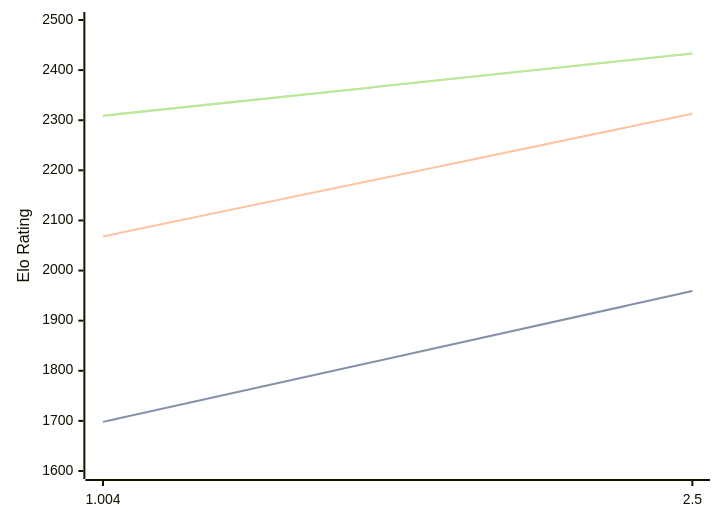
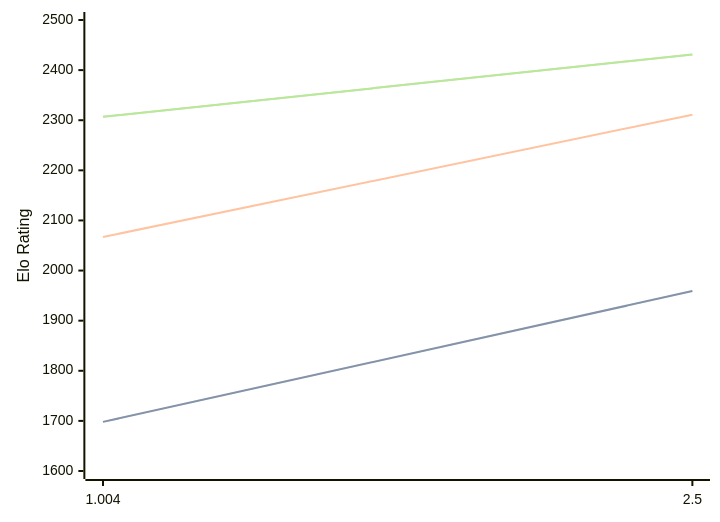
One commit to computer-chess-index/cci changed the diagram in engines/Ares.md. Above: the diagram before and after it, drawn with Mermaid. The commit also changed other lines of this file, not shown here.

Commit message:
Update CCI Ratings (ELO VLTC) - 2026-06-12

````diff
--- a/engines/Ares.md
+++ b/engines/Ares.md
@@ -32,11 +32,11 @@
 ```mermaid
 %%{init: {"theme":"base","themeVariables":{"seriesColors:['#a3a3a3','#222221','#faa371']}}}%%
 xychart-beta
   x-axis ["1.004", "2.5"]
   y-axis "Elo Rating" 1600 --> 2500
   line "STC (8.0+0.08s)" [1698, 1959]
   line "STC (8.0+0.08s)" [1698, 1959]
-  line "LTC (60.0+0.60s)" [2068, 2313]
-  line "VLTC (2m24s+1.12s)" [2309, 2433]
-  line "VLTC (2m24s+1.12s)" [2309, 2433]
+  line "LTC (60.0+0.60s)" [2067, 2311]
+  line "VLTC (2m24s+1.12s)" [2307, 2431]
+  line "VLTC (2m24s+1.12s)" [2307, 2431]
 ```
````
